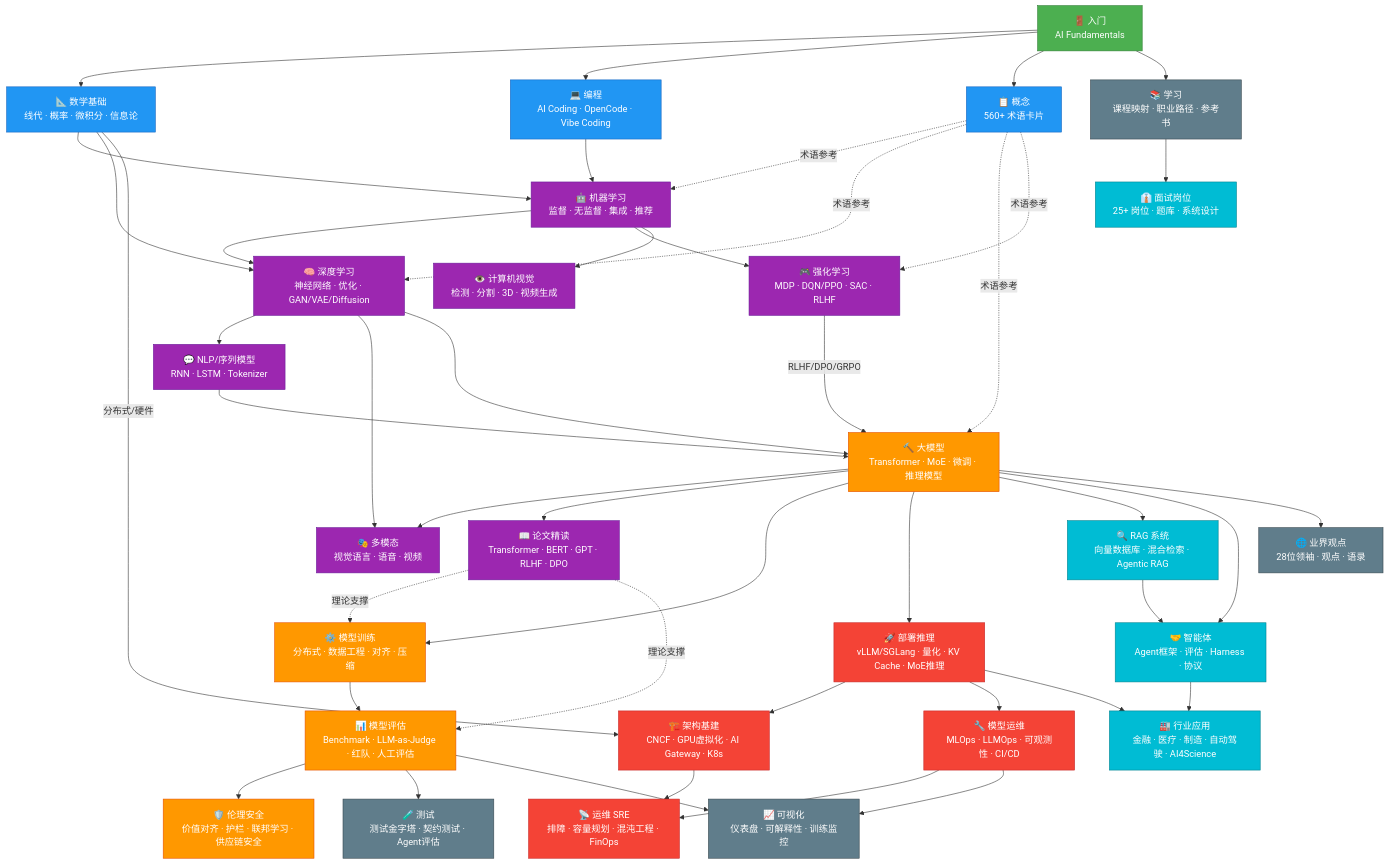
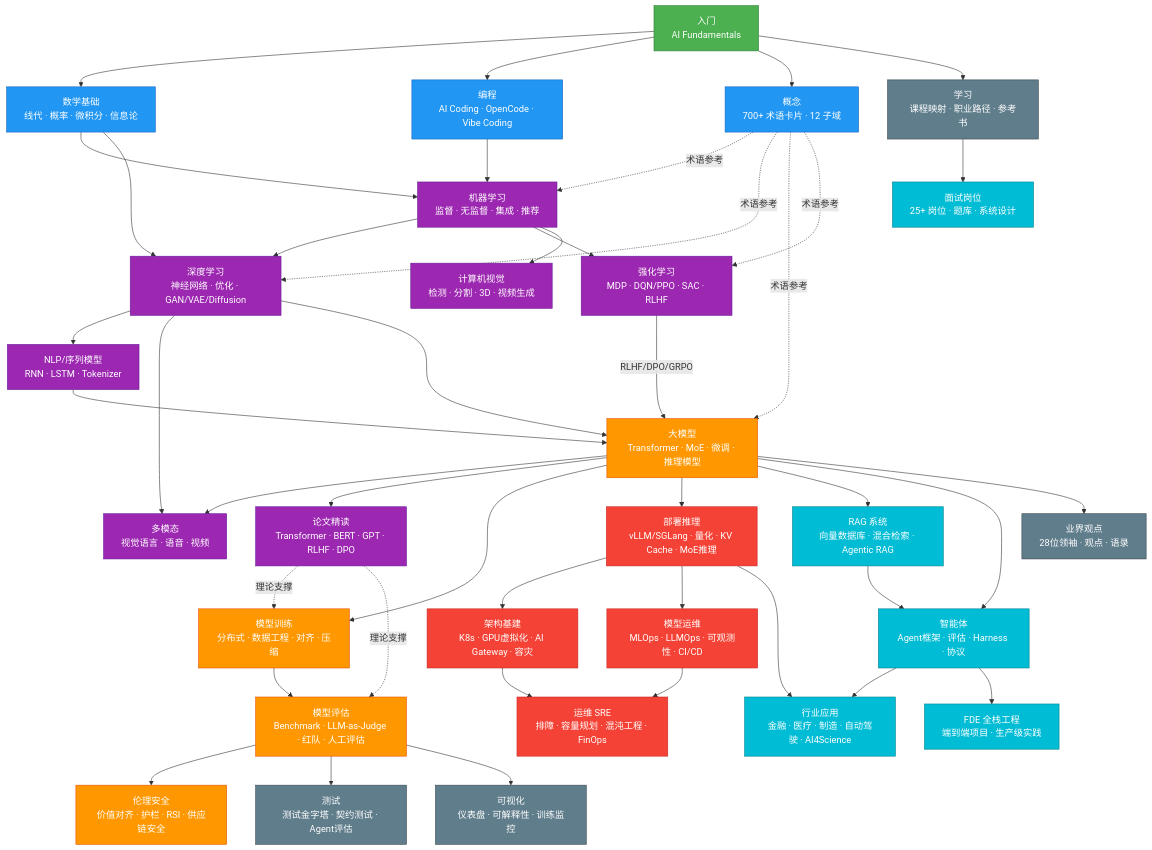
The first of 2 diagrams in README.md (CloudManHQ/CloudMaster), drawn with Mermaid before and after one commit. The commit also changed other lines of this file and 456 other files, not shown here.

````diff
--- a/README.md
+++ b/README.md
@@ -241,82 +244,69 @@
 ```mermaid
 graph TD
     %% ===== Layer 0: 入口 =====
-    ENTRY["🚪 入门<br/>AI Fundamentals"]
-    MATH["📐 数学基础<br/>线代 · 概率 · 微积分 · 信息论"]
-    CONCEPT["📋 概念<br/>560+ 术语卡片"]
-    PROGRAMMING["💻 编程<br/>AI Coding · OpenCode · Vibe Coding"]
+    ENTRY[" 入门<br/>AI Fundamentals"]
+    MATH[" 数学基础<br/>线代 · 概率 · 微积分 · 信息论"]
+    CONCEPT[" 概念<br/>700+ 术语卡片 · 12 子域"]
+    PROGRAMMING[" 编程<br/>AI Coding · OpenCode · Vibe Coding"]
 
     %% ===== Layer 1: 基础理论 =====
-    ML["🤖 机器学习<br/>监督 · 无监督 · 集成 · 推荐"]
-    DL["🧠 深度学习<br/>神经网络 · 优化 · GAN/VAE/Diffusion"]
-    RL["🎮 强化学习<br/>MDP · DQN/PPO · SAC · RLHF"]
-    CV["👁️ 计算机视觉<br/>检测 · 分割 · 3D · 视频生成"]
-    NLP["💬 NLP/序列模型<br/>RNN · LSTM · Tokenizer"]
+    ML[" 机器学习<br/>监督 · 无监督 · 集成 · 推荐"]
+    DL[" 深度学习<br/>神经网络 · 优化 · GAN/VAE/Diffusion"]
+    RL[" 强化学习<br/>MDP · DQN/PPO · SAC · RLHF"]
+    CV[" 计算机视觉<br/>检测 · 分割 · 3D · 视频生成"]
+    NLP[" NLP/序列模型<br/>RNN · LSTM · Tokenizer"]
 
     %% ===== Layer 2: 大模型核心 =====
-    LLM["🔨 大模型<br/>Transformer · MoE · 微调 · 推理模型"]
-    MULTIMODAL["🎭 多模态<br/>视觉语言 · 语音 · 视频"]
-    PAPERS["📖 论文精读<br/>Transformer · BERT · GPT · RLHF · DPO"]
+    LLM[" 大模型<br/>Transformer · MoE · 微调 · 推理模型"]
+    MULTIMODAL[" 多模态<br/>视觉语言 · 语音 · 视频"]
+    PAPERS[" 论文精读<br/>Transformer · BERT · GPT · RLHF · DPO"]
 
     %% ===== Layer 3: 训练与评估 =====
-    TRAINING["⚙️ 模型训练<br/>分布式 · 数据工程 · 对齐 · 压缩"]
-    EVAL["📊 模型评估<br/>Benchmark · LLM-as-Judge · 红队 · 人工评估"]
-    SAFETY["🛡️ 伦理安全<br/>价值对齐 · 护栏 · 联邦学习 · 供应链安全"]
+    TRAINING[" 模型训练<br/>分布式 · 数据工程 · 对齐 · 压缩"]
+    EVAL[" 模型评估<br/>Benchmark · LLM-as-Judge · 红队 · 人工评估"]
+    SAFETY[" 伦理安全<br/>价值对齐 · 护栏 · RSI · 供应链安全"]
 
     %% ===== Layer 4: 部署与运维 =====
-    DEPLOY["🚀 部署推理<br/>vLLM/SGLang · 量化 · KV Cache · MoE推理"]
-    ARCH["🏗️ 架构基建<br/>CNCF · GPU虚拟化 · AI Gateway · K8s"]
-    OPS["🔧 模型运维<br/>MLOps · LLMOps · 可观测性 · CI/CD"]
-    SRE["📡 运维 SRE<br/>排障 · 容量规划 · 混沌工程 · FinOps"]
+    DEPLOY[" 部署推理<br/>vLLM/SGLang · 量化 · KV Cache · MoE推理"]
+    ARCH[" 架构基建<br/>K8s · GPU虚拟化 · AI Gateway · 容灾"]
+    OPS[" 模型运维<br/>MLOps · LLMOps · 可观测性 · CI/CD"]
+    SRE[" 运维 SRE<br/>排障 · 容量规划 · 混沌工程 · FinOps"]
 
     %% ===== Layer 5: 应用层 =====
-    RAG["🔍 RAG 系统<br/>向量数据库 · 混合检索 · Agentic RAG"]
-    AGENT["🤝 智能体<br/>Agent框架 · 评估 · Harness · 协议"]
-    INDUSTRY["🏭 行业应用<br/>金融 · 医疗 · 制造 · 自动驾驶 · AI4Science"]
-    INTERVIEW["👔 面试岗位<br/>25+ 岗位 · 题库 · 系统设计"]
-    VIZ["📈 可视化<br/>仪表盘 · 可解释性 · 训练监控"]
-    VIEWS["🌐 业界观点<br/>28位领袖 · 观点 · 语录"]
-    TEST["🧪 测试<br/>测试金字塔 · 契约测试 · Agent评估"]
-    LEARN["📚 学习<br/>课程映射 · 职业路径 · 参考书"]
+    RAG[" RAG 系统<br/>向量数据库 · 混合检索 · Agentic RAG"]
+    AGENT[" 智能体<br/>Agent框架 · 评估 · Harness · 协议"]
+    INDUSTRY[" 行业应用<br/>金融 · 医疗 · 制造 · 自动驾驶 · AI4Science"]
+    INTERVIEW[" 面试岗位<br/>25+ 岗位 · 题库 · 系统设计"]
+    FDE[" FDE 全栈工程<br/>端到端项目 · 生产级实践"]
+    VIZ[" 可视化<br/>仪表盘 · 可解释性 · 训练监控"]
+    VIEWS[" 业界观点<br/>28位领袖 · 观点 · 语录"]
+    TEST[" 测试<br/>测试金字塔 · 契约测试 · Agent评估"]
+    LEARN[" 学习<br/>课程映射 · 职业路径 · 参考书"]
 
-    %% ===== Edges: Foundation =====
+    %% ===== Edges =====
     ENTRY --> MATH & PROGRAMMING & CONCEPT
     MATH --> ML & DL
     PROGRAMMING --> ML
-
-    %% ===== Edges: Core Theory =====
     ML --> DL & RL & CV
     DL --> NLP & MULTIMODAL
     NLP --> LLM
     DL --> LLM
     CONCEPT -.->|术语参考| ML & DL & LLM & RL
-
-    %% ===== Edges: LLM Core =====
     LLM --> MULTIMODAL & PAPERS
     RL -->|RLHF/DPO/GRPO| LLM
     LLM --> TRAINING & DEPLOY
-
-    %% ===== Edges: Training & Eval =====
     TRAINING --> EVAL
     EVAL --> SAFETY
     PAPERS -.->|理论支撑| TRAINING & EVAL
-
-    %% ===== Edges: Deploy & Ops =====
     DEPLOY --> ARCH & OPS
     ARCH --> SRE
     OPS --> SRE
-    MATH -->|分布式/硬件| ARCH
-
-    %% ===== Edges: Application =====
     LLM --> RAG
     RAG --> AGENT
     LLM --> AGENT
-    AGENT --> INDUSTRY
+    AGENT --> INDUSTRY & FDE
     DEPLOY --> INDUSTRY
-
-    %% ===== Edges: Meta =====
     EVAL --> TEST
-    OPS --> VIZ
     EVAL --> VIZ
     ENTRY --> LEARN
     LEARN --> INTERVIEW
@@ -336,6 +326,6 @@
     class ML,DL,RL,CV,NLP,MULTIMODAL,PAPERS core
     class LLM,TRAINING,EVAL,SAFETY llm
     class DEPLOY,ARCH,OPS,SRE deploy
-    class RAG,AGENT,INDUSTRY,INTERVIEW app
+    class RAG,AGENT,INDUSTRY,INTERVIEW,FDE app
     class VIZ,VIEWS,TEST,LEARN meta
 ```
````
